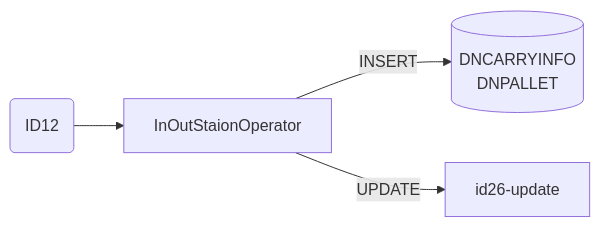
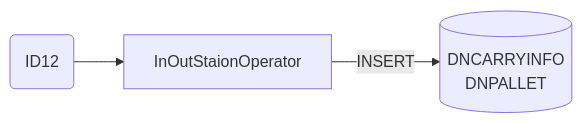
The sixth of 17 diagrams in Basic-Design/DFD-WMS/Retrieval/QC-Setting/Retrieval-for-QC-Start.md (luthfiadityaa/SimeDarby-Wiki), drawn with Mermaid before and after one commit.

Commit message:
Updated Retrieval for QC Start

```diff
--- a/Basic-Design/DFD-WMS/Retrieval/QC-Setting/Retrieval-for-QC-Start.md
+++ b/Basic-Design/DFD-WMS/Retrieval/QC-Setting/Retrieval-for-QC-Start.md
@@ -293,18 +293,17 @@
 ::: mermaid
 flowchart LR
 
 id26msg("
 ID12
 ")
 
 id26-insert[("
 DNCARRYINFO
 DNPALLET
 ")]
 
 inoutstationoperator[InOutStaionOperator]
 
 id26msg-->inoutstationoperator
 inoutstationoperator--> |INSERT| id26-insert
-inoutstationoperator--> |UPDATE| id26-update
 :::
```
